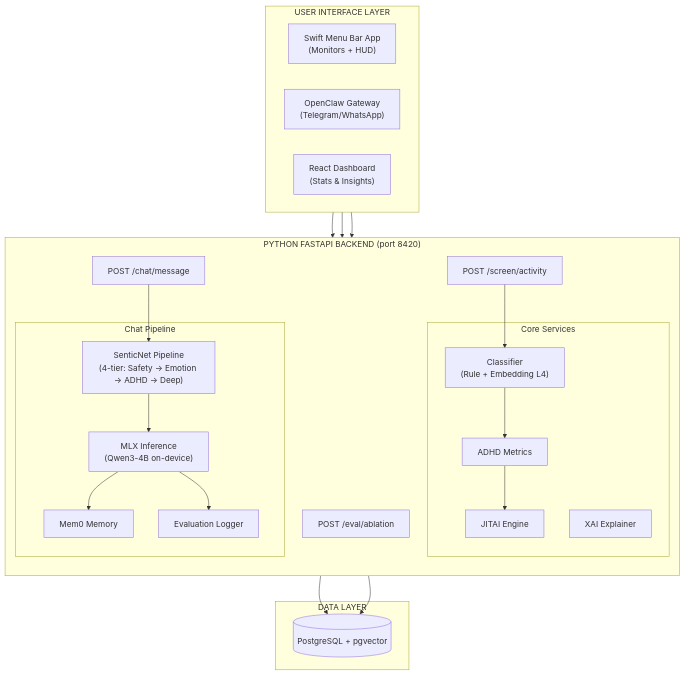
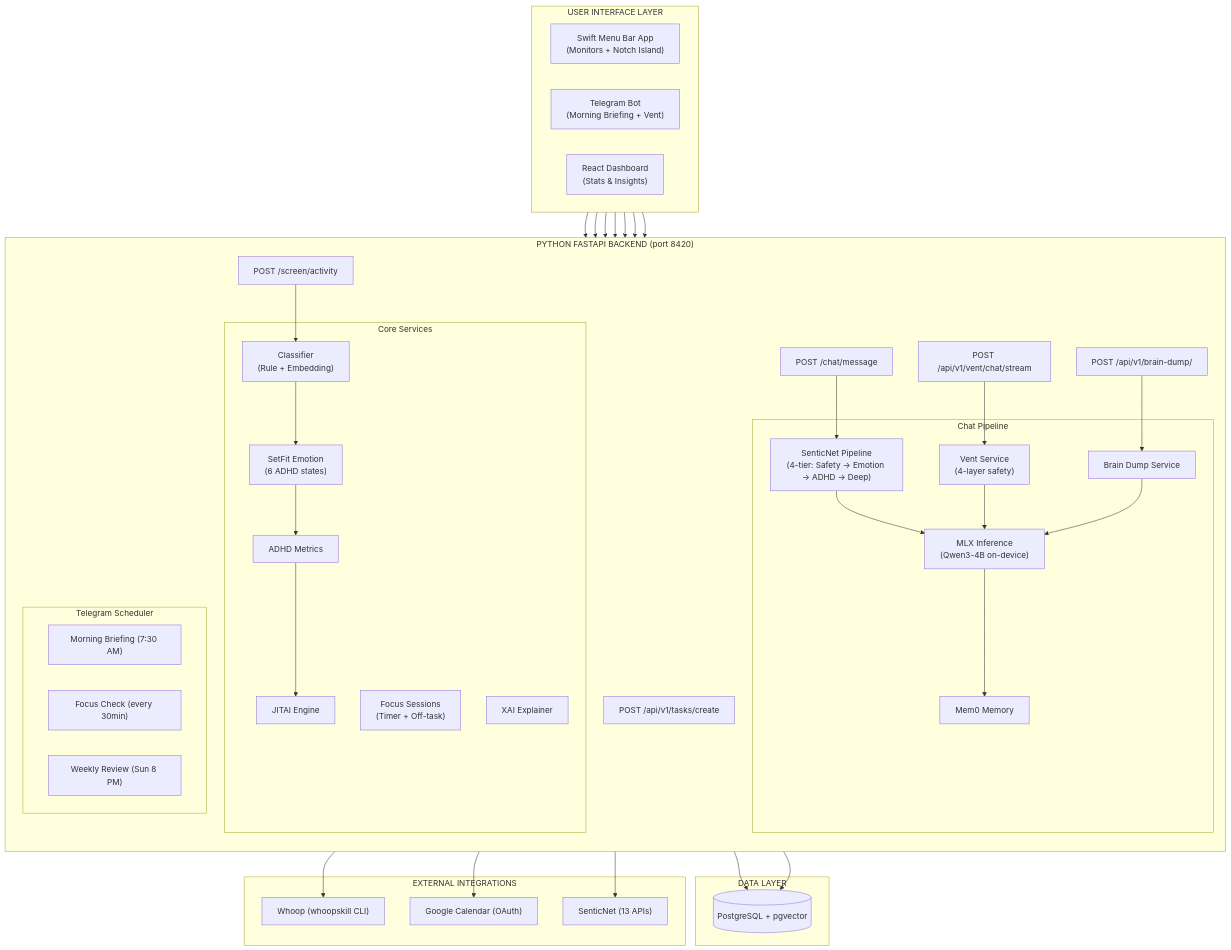
Before and after one commit to avdheshcharjan/adhd-sentic-fyp: the diagram in README.md, drawn with Mermaid. The commit also changed other lines of this file and 8 other files, not shown here.

````diff
--- a/README.md
+++ b/README.md
@@ -31,44 +36,69 @@
 ```mermaid
 graph TB
     subgraph UserLayer["USER INTERFACE LAYER"]
         direction LR
-        SwiftApp["Swift Menu Bar App<br/>(Monitors + HUD)"]
-        OpenClaw["OpenClaw Gateway<br/>(Telegram/WhatsApp)"]
+        SwiftApp["Swift Menu Bar App<br/>(Monitors + Notch Island)"]
+        TelegramBot["Telegram Bot<br/>(Morning Briefing + Vent)"]
         Dashboard["React Dashboard<br/>(Stats & Insights)"]
     end
 
     subgraph BackendLayer["PYTHON FASTAPI BACKEND (port 8420)"]
         direction TB
         ScreenAPI["POST /screen/activity"]
         ChatAPI["POST /chat/message"]
-        EvalAPI["POST /eval/ablation"]
+        VentAPI["POST /api/v1/vent/chat/stream"]
+        BrainDumpAPI["POST /api/v1/brain-dump/"]
+        FocusAPI["POST /api/v1/tasks/create"]
 
         subgraph CoreServices["Core Services"]
-            ActivityClassifier["Classifier<br/>(Rule + Embedding L4)"]
+            ActivityClassifier["Classifier<br/>(Rule + Embedding)"]
+            EmotionClassifier["SetFit Emotion<br/>(6 ADHD states)"]
             MetricsEngine["ADHD Metrics"]
             JITAIEngine["JITAI Engine"]
+            FocusService["Focus Sessions<br/>(Timer + Off-task)"]
             XAIExplainer["XAI Explainer"]
         end
 
         subgraph ChatPipeline["Chat Pipeline"]
             SenticPipeline["SenticNet Pipeline<br/>(4-tier: Safety → Emotion → ADHD → Deep)"]
             MLXInference["MLX Inference<br/>(Qwen3-4B on-device)"]
             MemoryService["Mem0 Memory"]
-            EvalLogger["Evaluation Logger"]
+            VentService["Vent Service<br/>(4-layer safety)"]
+            BrainDumpService["Brain Dump Service"]
+        end
+
+        subgraph TelegramScheduler["Telegram Scheduler"]
+            MorningBriefing["Morning Briefing (7:30 AM)"]
+            FocusCheck["Focus Check (every 30min)"]
+            WeeklyReview["Weekly Review (Sun 8 PM)"]
         end
     end
 
     subgraph DataLayer["DATA LAYER"]
         PostgreSQL[("PostgreSQL + pgvector")]
     end
 
+    subgraph ExternalLayer["EXTERNAL INTEGRATIONS"]
+        Whoop["Whoop (whoopskill CLI)"]
+        GoogleCal["Google Calendar (OAuth)"]
+        SenticNet["SenticNet (13 APIs)"]
+    end
+
     SwiftApp --> ScreenAPI
-    OpenClaw --> ChatAPI
+    SwiftApp --> BrainDumpAPI
+    SwiftApp --> VentAPI
+    SwiftApp --> FocusAPI
+    TelegramBot --> ChatAPI
+    TelegramBot --> VentAPI
     Dashboard --> ChatAPI
-    ScreenAPI --> ActivityClassifier
-    ActivityClassifier --> MetricsEngine --> JITAIEngine
+    ScreenAPI --> ActivityClassifier --> EmotionClassifier
+    EmotionClassifier --> MetricsEngine --> JITAIEngine
     ChatAPI --> SenticPipeline --> MLXInference --> MemoryService
-    MLXInference --> EvalLogger
+    VentAPI --> VentService --> MLXInference
+    BrainDumpAPI --> BrainDumpService --> MLXInference
     CoreServices --> PostgreSQL
     ChatPipeline --> PostgreSQL
+    BackendLayer --> Whoop
+    BackendLayer --> GoogleCal
+    BackendLayer --> SenticNet
 ```
````
